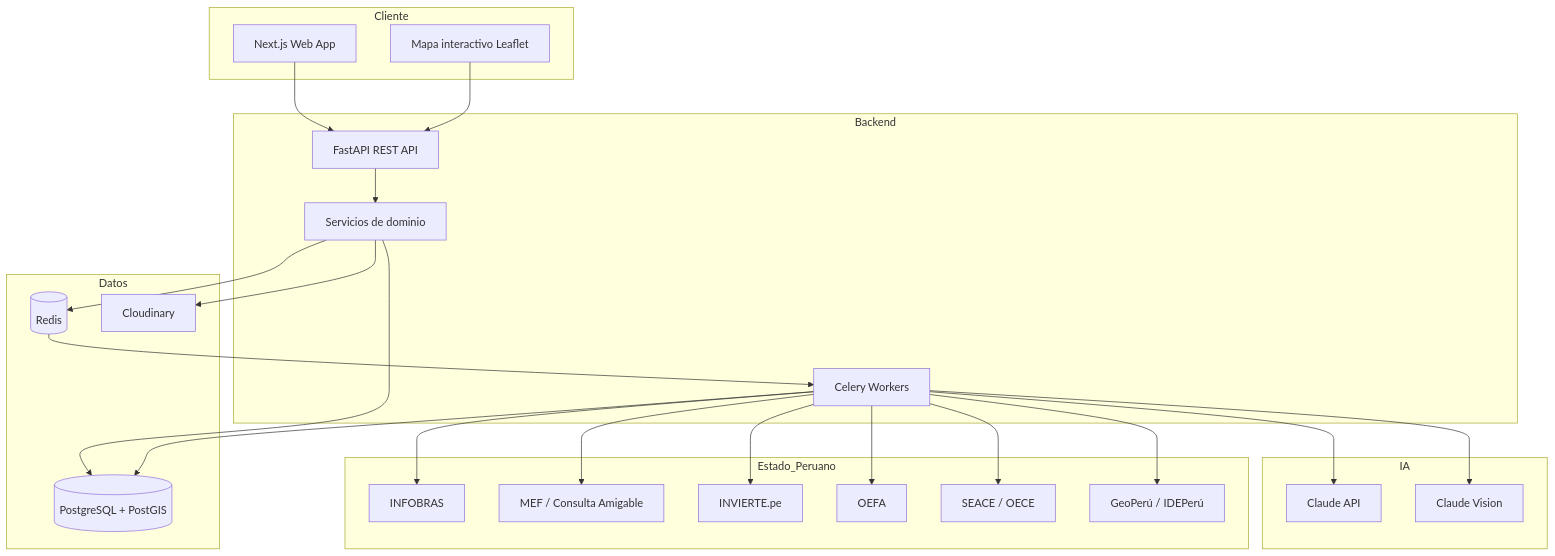
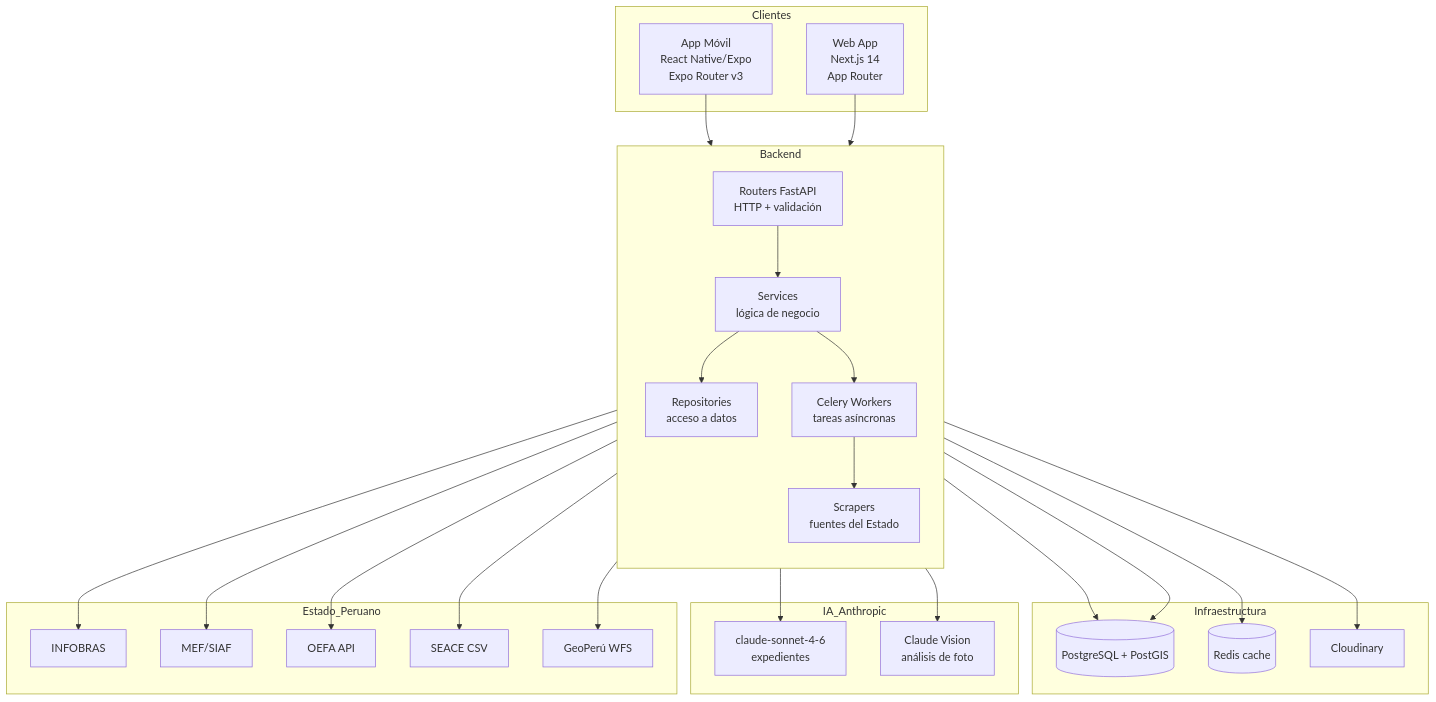
The second of 8 diagrams in docs/architecture.md (NeonStack-PUCP/Vibecoding), drawn with Mermaid before and after one commit. The commit also changed other lines of this file and 85 other files, not shown here.

````diff
--- a/docs/architecture.md
+++ b/docs/architecture.md
@@ -50,53 +57,54 @@
 ```mermaid
 flowchart TB
-    subgraph Cliente
-        Web[Next.js Web App]
-        Map[Mapa interactivo Leaflet]
+    subgraph Clientes
+        Mobile[App Móvil<br/>React Native/Expo<br/>Expo Router v3]
+        Web[Web App<br/>Next.js 14<br/>App Router]
     end
 
     subgraph Backend
-        API[FastAPI REST API]
-        Services[Servicios de dominio]
-        Workers[Celery Workers]
+        direction TB
+        Routers[Routers FastAPI<br/>HTTP + validación]
+        Services[Services<br/>lógica de negocio]
+        Repos[Repositories<br/>acceso a datos]
+        Scrapers[Scrapers<br/>fuentes del Estado]
+        Workers[Celery Workers<br/>tareas asíncronas]
     end
 
-    subgraph Datos
+    subgraph Infraestructura
         DB[(PostgreSQL + PostGIS)]
-        Redis[(Redis)]
+        Redis[(Redis cache)]
         Storage[Cloudinary]
     end
 
-    subgraph IA
-        Claude[Claude API]
-        Vision[Claude Vision]
+    subgraph IA_Anthropic
+        Claude[claude-sonnet-4-6<br/>expedientes]
+        Vision[Claude Vision<br/>análisis de foto]
     end
 
     subgraph Estado_Peruano
         INFOBRAS[INFOBRAS]
-        MEF[MEF / Consulta Amigable]
-        Invierte[INVIERTE.pe]
-        OEFA[OEFA]
-        SEACE[SEACE / OECE]
-        GeoPeru[GeoPerú / IDEPerú]
+        MEF[MEF/SIAF]
+        OEFA[OEFA API]
+        SEACE[SEACE CSV]
+        GeoPeru[GeoPerú WFS]
     end
 
-    Web --> API
-    Map --> API
-
-    API --> Services
-    Services --> DB
+    Mobile --> Routers
+    Web --> Routers
+    Routers --> Services
+    Services --> Repos
+    Services --> Workers
+    Repos --> DB
     Services --> Storage
     Services --> Redis
 
-    Redis --> Workers
+    Workers --> Scrapers
     Workers --> Claude
     Workers --> Vision
-    Workers --> INFOBRAS
-    Workers --> MEF
-    Workers --> Invierte
-    Workers --> OEFA
-    Workers --> SEACE
-    Workers --> GeoPeru
-
+    Scrapers --> INFOBRAS
+    Scrapers --> MEF
+    Scrapers --> OEFA
+    Scrapers --> SEACE
+    Scrapers --> GeoPeru
     Workers --> DB
 ```
````
